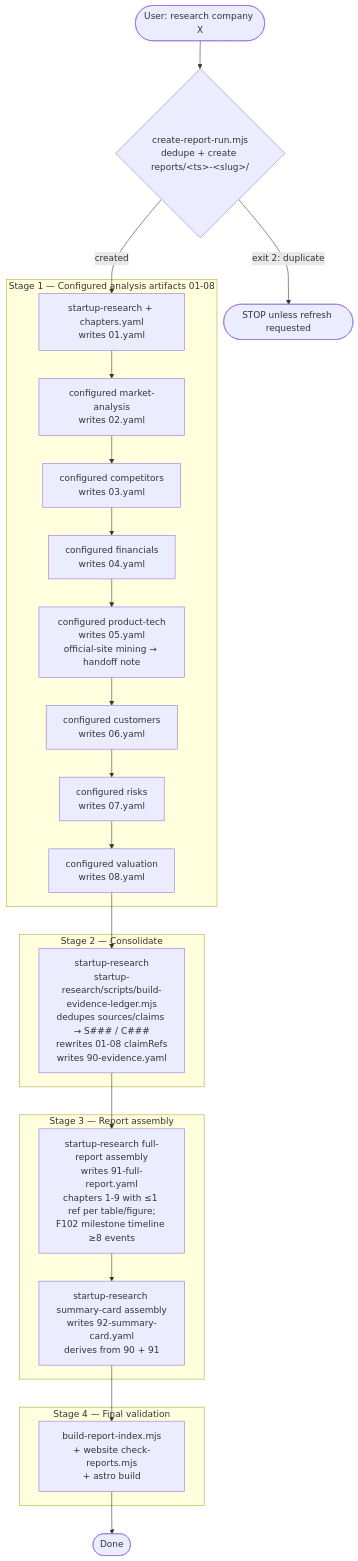
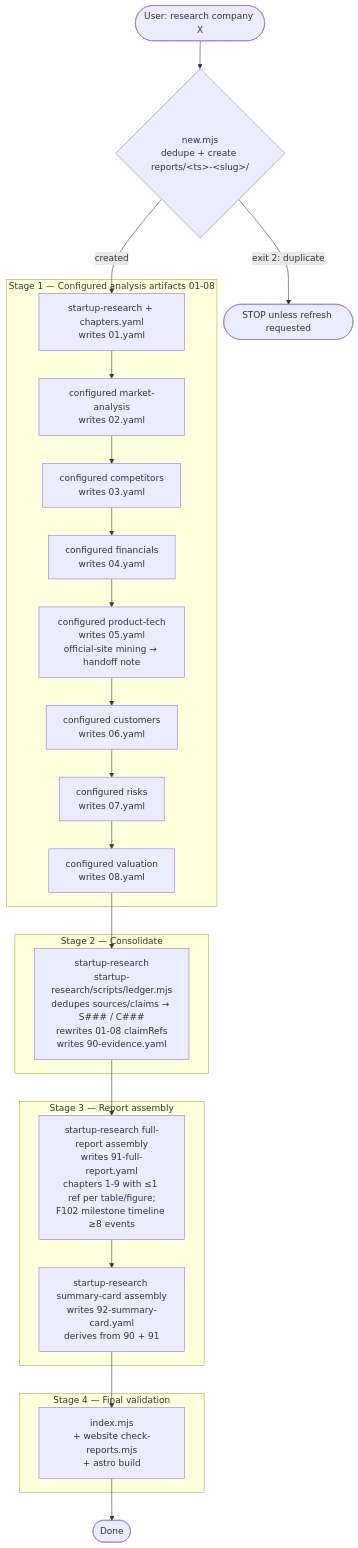
Before and after one commit to huangyingting/startup: the first of 3 diagrams in README.md, drawn with Mermaid. The commit also changed other lines of this file and 19 other files, not shown here.

First line of the commit message:
feat: add scripts for startup research workflow validation and reporting

````diff
--- a/README.md
+++ b/README.md
@@ -17,40 +17,40 @@
 ```mermaid
 flowchart TD
-  Start([User: research company X]) --> Setup{create-report-run.mjs<br/>dedupe + create reports/&lt;ts&gt;-&lt;slug&gt;/}
+  Start([User: research company X]) --> Setup{new.mjs<br/>dedupe + create reports/&lt;ts&gt;-&lt;slug&gt;/}
   Setup -- exit 2: duplicate --> Stop([STOP unless refresh requested])
   Setup -- created --> Snapshot
 
   subgraph Stage1[Stage 1 — Configured analysis artifacts 01-08]
     Snapshot[startup-research + chapters.yaml<br/>writes 01.yaml]
     Snapshot --> Market
 
     Market[configured market-analysis<br/>writes 02.yaml] --> Compete
     Compete[configured competitors<br/>writes 03.yaml] --> Fin
     Fin[configured financials<br/>writes 04.yaml] --> Prod
     Prod[configured product-tech<br/>writes 05.yaml<br/>official-site mining → handoff note] --> Cust
     Cust[configured customers<br/>writes 06.yaml] --> Risk
     Risk[configured risks<br/>writes 07.yaml] --> Val
     Val[configured valuation<br/>writes 08.yaml]
   end
 
   Val --> Ledger
 
   subgraph Stage2[Stage 2 — Consolidate]
-    Ledger[startup-research<br/>startup-research/scripts/build-evidence-ledger.mjs<br/>dedupes sources/claims → S### / C###<br/>rewrites 01-08 claimRefs<br/>writes 90-evidence.yaml]
+    Ledger[startup-research<br/>startup-research/scripts/ledger.mjs<br/>dedupes sources/claims → S### / C###<br/>rewrites 01-08 claimRefs<br/>writes 90-evidence.yaml]
   end
 
   Ledger --> Report
 
   subgraph Stage3[Stage 3 — Report assembly]
     Report[startup-research full-report assembly<br/>writes 91-full-report.yaml<br/>chapters 1-9 with ≤1 ref per table/figure;<br/>F102 milestone timeline ≥8 events]
     Report --> Card[startup-research summary-card assembly<br/>writes 92-summary-card.yaml<br/>derives from 90 + 91]
   end
 
   Card --> FinalVal
 
   subgraph Stage4[Stage 4 — Final validation]
-    FinalVal[build-report-index.mjs<br/>+ website check-reports.mjs<br/>+ astro build]
+    FinalVal[index.mjs<br/>+ website check-reports.mjs<br/>+ astro build]
   end
 
   FinalVal --> End([Done])
 ```
````
